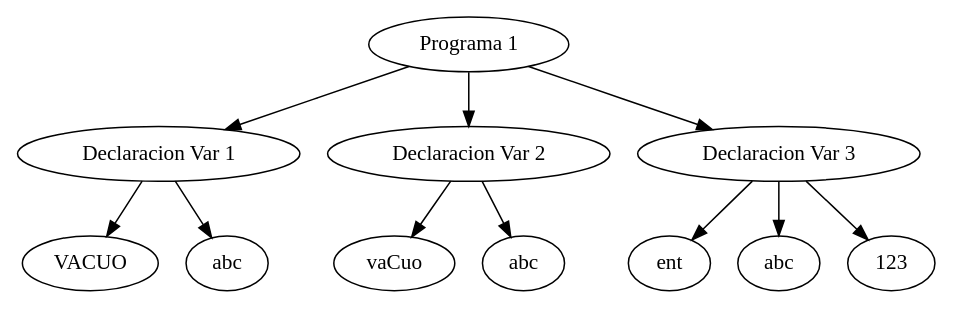
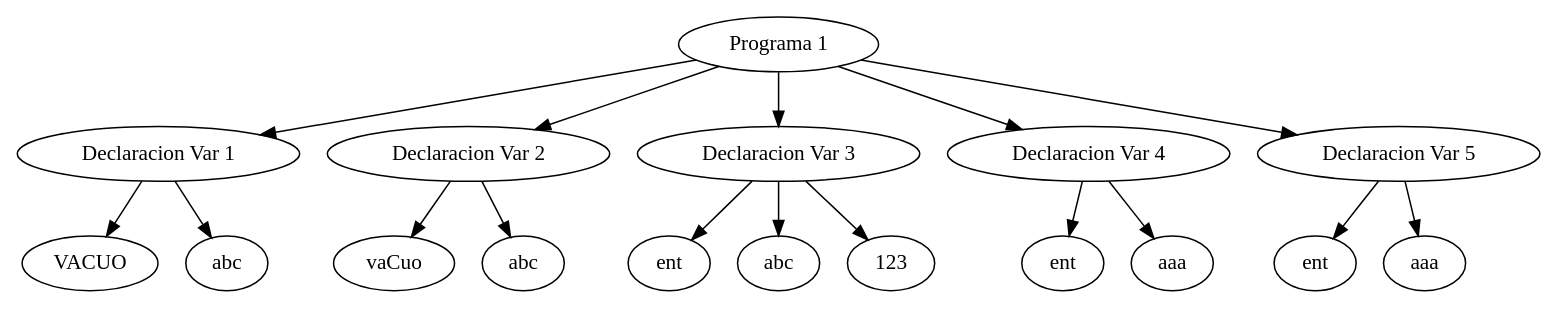
The diagram in tree.dot (lancal/TallerCompiladores2018), drawn with Graphviz before and after one commit. The commit also changed 10 other files, not shown here.

```diff
--- a/tree.dot
+++ b/tree.dot
@@ -1,19 +1,29 @@
 digraph G {
 	"Programa 1" -> "Declaracion Var 1"
 	1 [label="VACUO"]
 	"Declaracion Var 1" -> 1
 	2 [label="abc"]
 	"Declaracion Var 1" -> 2
 	"Programa 1" -> "Declaracion Var 2"
 	3 [label="vaCuo"]
 	"Declaracion Var 2" -> 3
 	4 [label="abc"]
 	"Declaracion Var 2" -> 4
 	"Programa 1" -> "Declaracion Var 3"
 	5 [label="ent"]
 	"Declaracion Var 3" -> 5
 	6 [label="abc"]
 	"Declaracion Var 3" -> 6
 	7 [label="123"]
 	"Declaracion Var 3" -> 7
+	"Programa 1" -> "Declaracion Var 4"
+	8 [label="ent"]
+	"Declaracion Var 4" -> 8
+	9 [label="aaa"]
+	"Declaracion Var 4" -> 9
+	"Programa 1" -> "Declaracion Var 5"
+	10 [label="ent"]
+	"Declaracion Var 5" -> 10
+	11 [label="aaa"]
+	"Declaracion Var 5" -> 11
 }
```
